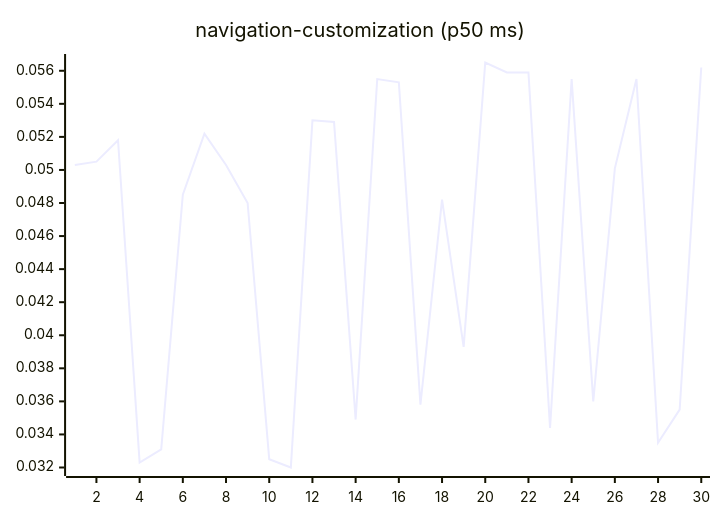
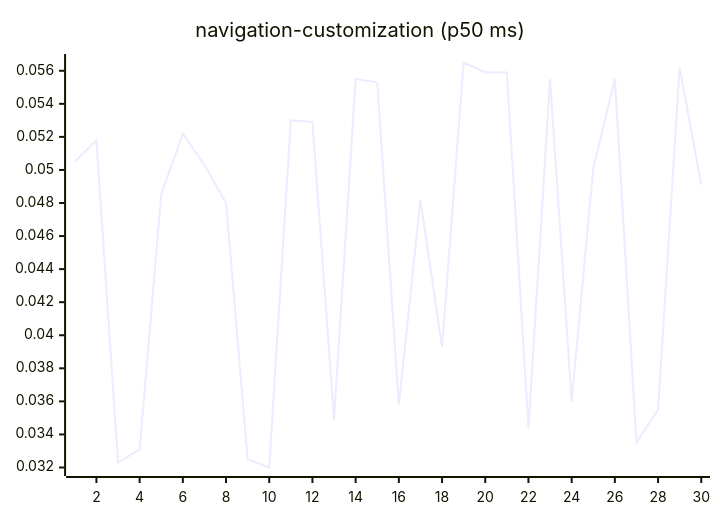
One commit to josha/Facet changed diagram 15 of 27 in README.md. Above: the diagram before and after it, drawn with Mermaid. The commit also changed other lines of this file and 2 other files, not shown here.

````diff
--- a/README.md
+++ b/README.md
@@ -161,6 +161,6 @@
 ```mermaid
 xychart-beta
     title "navigation-customization (p50 ms)"
     x-axis 1 --> 30
-    line [0.0503, 0.0505, 0.0518, 0.0323, 0.0331, 0.0485, 0.0522, 0.0503, 0.0480, 0.0325, 0.0320, 0.0530, 0.0529, 0.0349, 0.0555, 0.0553, 0.0358, 0.0482, 0.0393, 0.0565, 0.0559, 0.0559, 0.0344, 0.0555, 0.0360, 0.0501, 0.0555, 0.0335, 0.0355, 0.0562]
+    line [0.0505, 0.0518, 0.0323, 0.0331, 0.0485, 0.0522, 0.0503, 0.0480, 0.0325, 0.0320, 0.0530, 0.0529, 0.0349, 0.0555, 0.0553, 0.0358, 0.0482, 0.0393, 0.0565, 0.0559, 0.0559, 0.0344, 0.0555, 0.0360, 0.0501, 0.0555, 0.0335, 0.0355, 0.0562, 0.0491]
 ```
````
